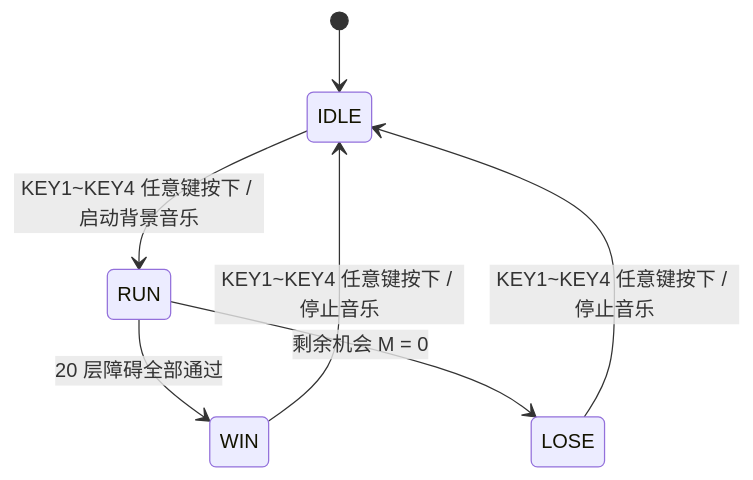
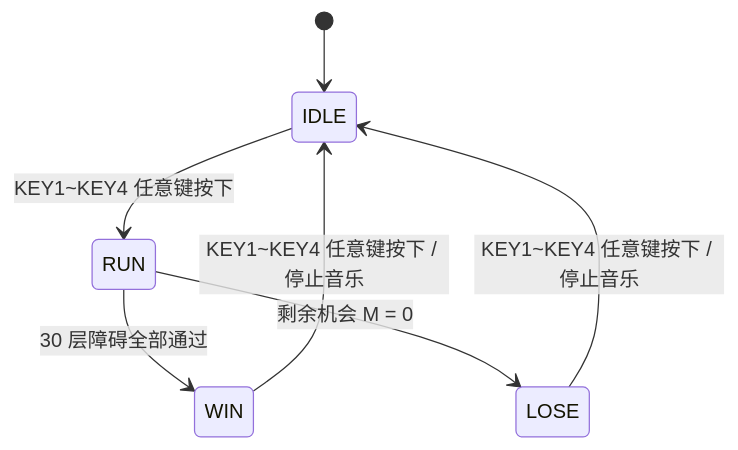
One commit to BinaryBardY/digital_electronics_lab changed the diagram in docs/避障车SystemVerilog实现说明.md. Above: the diagram before and after it, drawn with Mermaid. The commit also changed other lines of this file and 20 other files, not shown here.

````diff
--- a/docs/避障车SystemVerilog实现说明.md
+++ b/docs/避障车SystemVerilog实现说明.md
@@ -96,9 +96,9 @@
 ```mermaid
 stateDiagram-v2
     [*] --> IDLE
-    IDLE --> RUN: KEY1~KEY4 任意键按下 / 启动背景音乐
-    RUN --> WIN: 20 层障碍全部通过
+    IDLE --> RUN: KEY1~KEY4 任意键按下
+    RUN --> WIN: 30 层障碍全部通过
     RUN --> LOSE: 剩余机会 M = 0
     WIN --> IDLE: KEY1~KEY4 任意键按下 / 停止音乐
     LOSE --> IDLE: KEY1~KEY4 任意键按下 / 停止音乐
 ```
````
